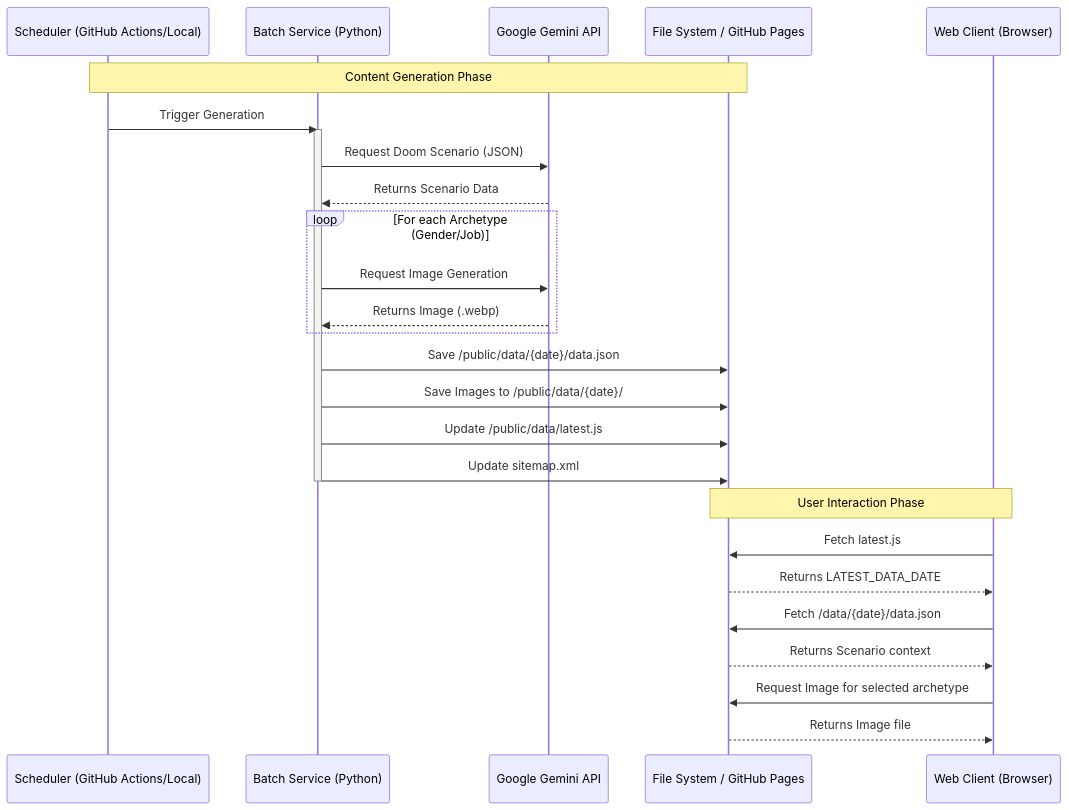
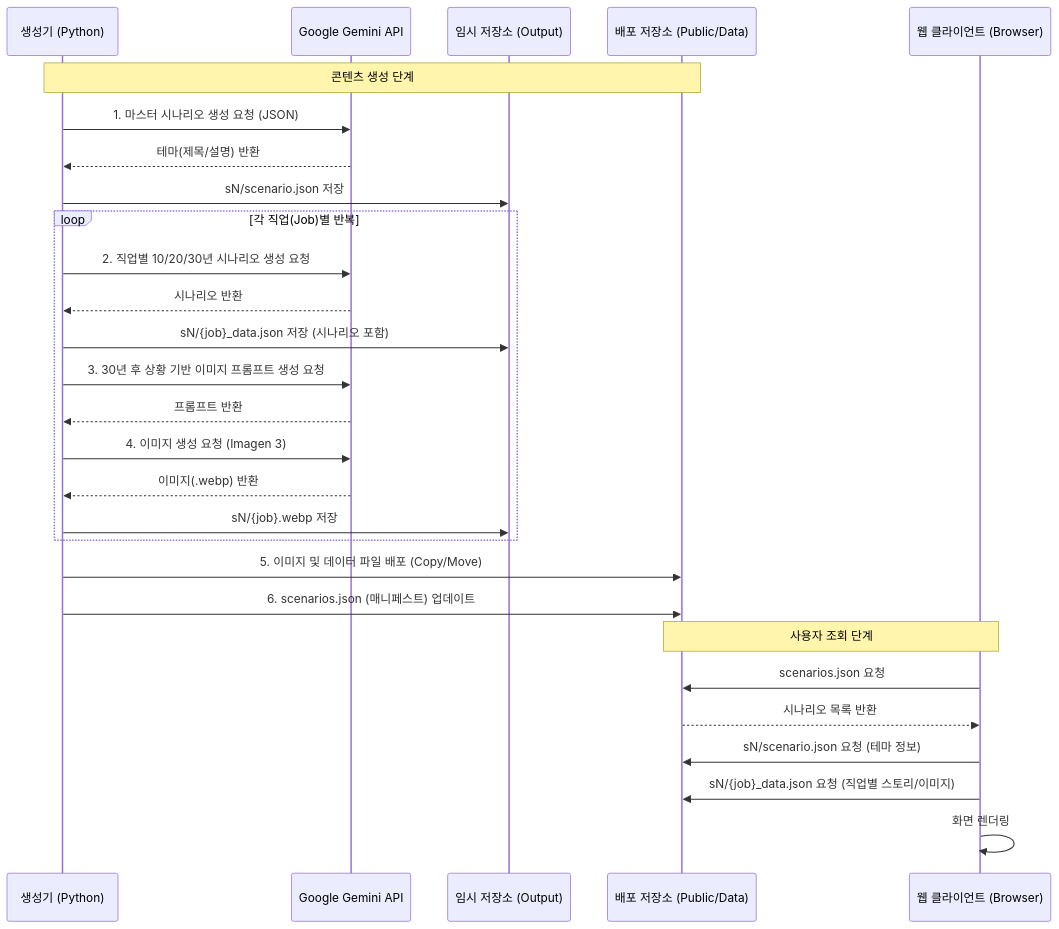
Before and after one commit to wwtrembling/1day1doom: the diagram in README.md, drawn with Mermaid. The commit also changed other lines of this file and 120 other files, not shown here.

Commit message:
Refactor prompts to JSON, improve job definitions, and update Korean docs

````diff
--- a/README.md
+++ b/README.md
@@ -18,36 +22,37 @@
 ```mermaid
 sequenceDiagram
-    participant Scheduler as Scheduler (GitHub Actions/Local)
-    participant Batch as Batch Service (Python)
+    participant Generator as 생성기 (Python)
     participant Gemini as Google Gemini API
-    participant Storage as File System / GitHub Pages
-    participant Client as Web Client (Browser)
+    participant Staging as 임시 저장소 (Output)
+    participant Public as 배포 저장소 (Public/Data)
+    participant Client as 웹 클라이언트 (Browser)
 
-    Note over Scheduler, Storage: Content Generation Phase
-    Scheduler->>Batch: Trigger Generation
-    activate Batch
+    Note over Generator, Public: 콘텐츠 생성 단계
+    Generator->>Gemini: 1. 마스터 시나리오 생성 요청 (JSON)
+    Gemini-->>Generator: 테마(제목/설명) 반환
+    Generator->>Staging: sN/scenario.json 저장
     
-    Batch->>Gemini: Request Doom Scenario (JSON)
-    Gemini-->>Batch: Returns Scenario Data
-    
-    loop For each Archetype (Gender/Job)
-        Batch->>Gemini: Request Image Generation
-        Gemini-->>Batch: Returns Image (.webp)
+    loop 각 직업(Job)별 반복
+        Generator->>Gemini: 2. 직업별 10/20/30년 시나리오 생성 요청
+        Gemini-->>Generator: 시나리오 반환
+        Generator->>Staging: sN/{job}_data.json 저장 (시나리오 포함)
+        
+        Generator->>Gemini: 3. 30년 후 상황 기반 이미지 프롬프트 생성 요청
+        Gemini-->>Generator: 프롬프트 반환
+        
+        Generator->>Gemini: 4. 이미지 생성 요청 (Imagen 3)
+        Gemini-->>Generator: 이미지(.webp) 반환
+        Generator->>Staging: sN/{job}.webp 저장
     end
     
-    Batch->>Storage: Save /public/data/{date}/data.json
-    Batch->>Storage: Save Images to /public/data/{date}/
-    Batch->>Storage: Update /public/data/latest.js
-    Batch->>Storage: Update sitemap.xml
-    deactivate Batch
+    Generator->>Public: 5. 이미지 및 데이터 파일 배포 (Copy/Move)
+    Generator->>Public: 6. scenarios.json (매니페스트) 업데이트
 
-    Note over Client, Storage: User Interaction Phase
-    Client->>Storage: Fetch latest.js
-    Storage-->>Client: Returns LATEST_DATA_DATE
+    Note over Client, Public: 사용자 조회 단계
+    Client->>Public: scenarios.json 요청
+    Public-->>Client: 시나리오 목록 반환
     
-    Client->>Storage: Fetch /data/{date}/data.json
-    Storage-->>Client: Returns Scenario context
-    
-    Client->>Storage: Request Image for selected archetype
-    Storage-->>Client: Returns Image file
+    Client->>Public: sN/scenario.json 요청 (테마 정보)
+    Client->>Public: sN/{job}_data.json 요청 (직업별 스토리/이미지)
+    Client->>Client: 화면 렌더링
 ```
````
